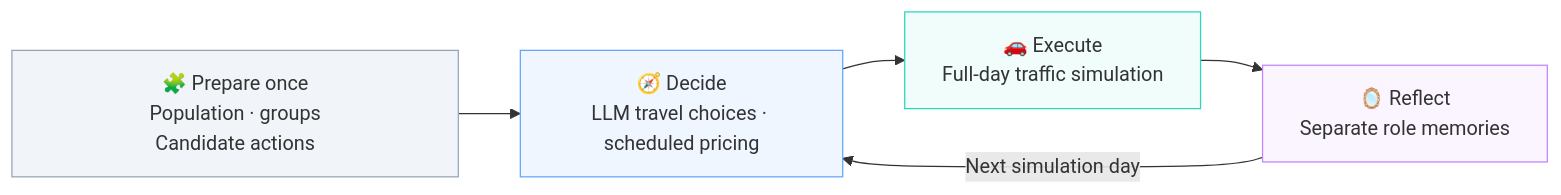
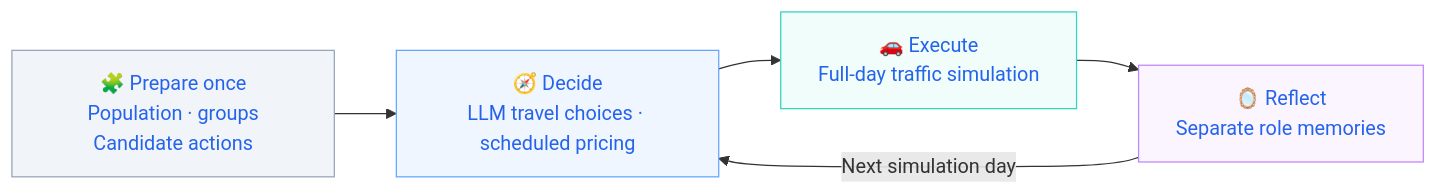
Before and after one commit to Agentic-City-Research/Agentic-Mobility: the diagram in README.md, drawn with Mermaid.

````diff
--- a/README.md
+++ b/README.md
@@ -38,15 +38,15 @@
 ```mermaid
 flowchart LR
-    A["<div style='width:300px'>🧩 Prepare once<br/>Population · groups<br/>Candidate actions</div>"]
+    A["<div style='width:200px'>🧩 Prepare once<br/>Population · groups<br/>Candidate actions</div>"]
     B["🧭 Decide<br/>LLM travel choices · scheduled pricing"]
     C["🚗 Execute<br/>Full-day traffic simulation"]
     D["🪞 Reflect<br/>Separate role memories"]
 
     A --> B --> C --> D
     D -->|Next simulation day| B
 
-    style A fill:#f1f5f9,stroke:#94a3b8
-    style B fill:#eff6ff,stroke:#60a5fa
-    style C fill:#f0fdfa,stroke:#2dd4bf
-    style D fill:#faf5ff,stroke:#c084fc
+    style A fill:#f1f5f9,stroke:#94a3b8,color:#2563eb
+    style B fill:#eff6ff,stroke:#60a5fa,color:#2563eb
+    style C fill:#f0fdfa,stroke:#2dd4bf,color:#2563eb
+    style D fill:#faf5ff,stroke:#c084fc,color:#2563eb
 ```
````
